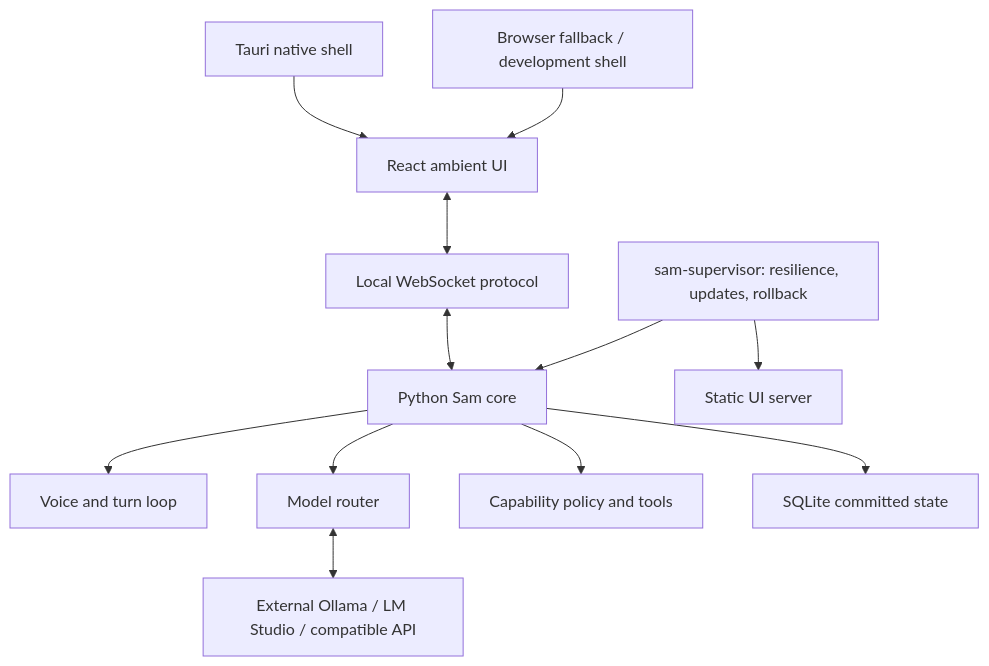
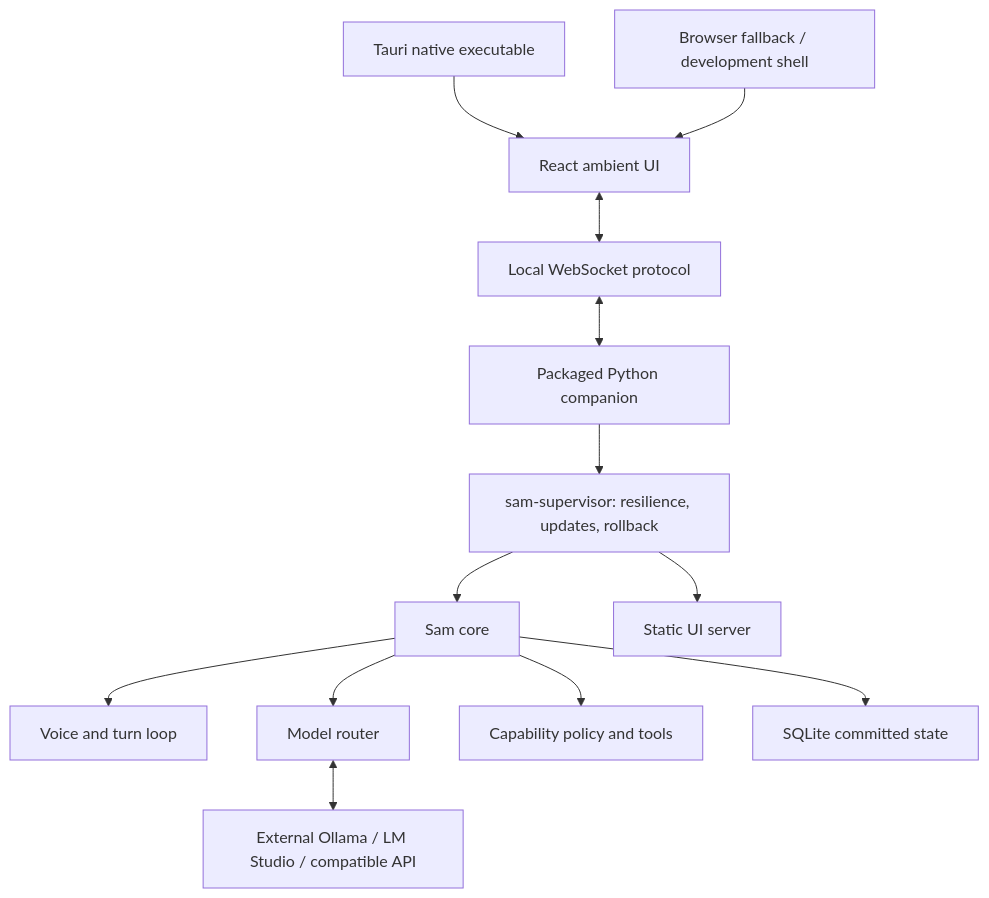
One commit to AlfonsoFR2020/sam-ambient changed the diagram in README.md. Above: the diagram before and after it, drawn with Mermaid. The commit also changed other lines of this file and 13 other files, not shown here.

Commit message:
build: bundle native Sam companion

````diff
--- a/README.md
+++ b/README.md
@@ -80,14 +81,15 @@
 ```mermaid
 flowchart TD
-    Tauri[Tauri native shell] --> React[React ambient UI]
+    Tauri[Tauri native executable] --> React[React ambient UI]
     Browser[Browser fallback / development shell] --> React
     React <--> Bridge[Local WebSocket protocol]
-    Bridge <--> Core[Python Sam core]
+    Bridge <--> Companion[Packaged Python companion]
+    Companion --> Supervisor[sam-supervisor: resilience, updates, rollback]
+    Supervisor --> Core[Sam core]
     Core --> Voice[Voice and turn loop]
     Core --> Models[Model router]
     Core --> Policy[Capability policy and tools]
     Core --> Data[SQLite committed state]
-    Supervisor[sam-supervisor: resilience, updates, rollback] --> Core
     Supervisor --> Static[Static UI server]
     Models <--> Backends[External Ollama / LM Studio / compatible API]
 ```
````
